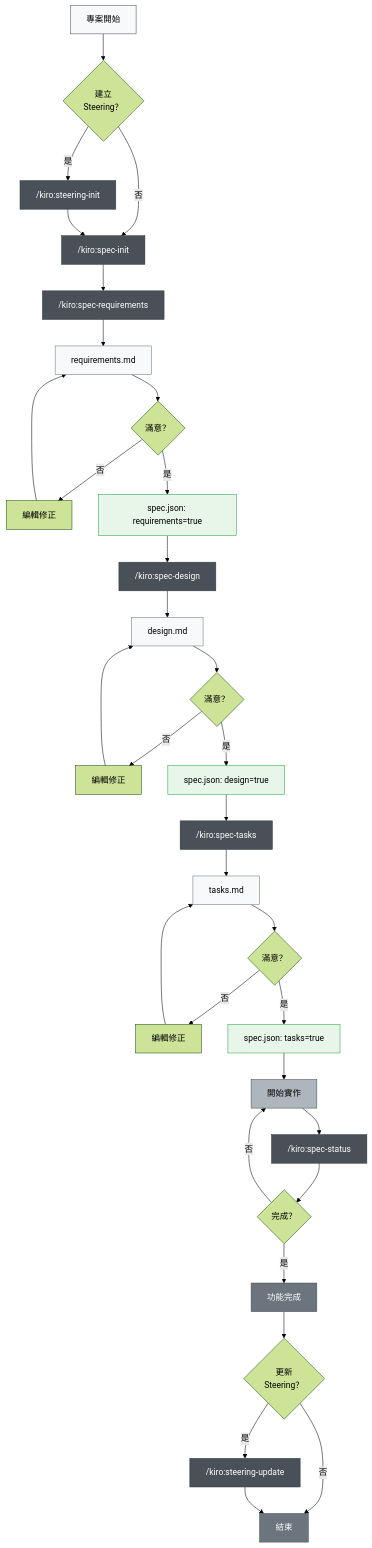
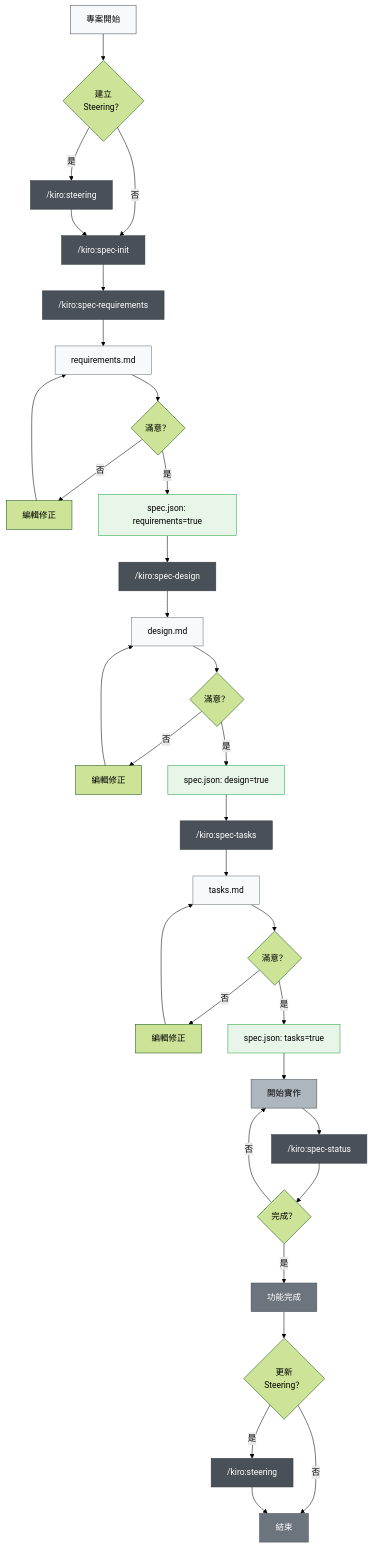
Before and after one commit to yi-john-huang/amazonq-spec: the first of 2 diagrams in README_zh-TW.md, drawn with Mermaid (forest theme). The commit also changed other lines of this file and 12 other files, not shown here.

````diff
--- a/README_zh-TW.md
+++ b/README_zh-TW.md
@@ -124,58 +124,58 @@
 ```mermaid
 graph TD
     A["專案開始"] --> B{"建立<br/>Steering？"}
-    B -->|是| C["/kiro:steering-init"]
+    B -->|是| C["/kiro:steering"]
     B -->|否| D["/kiro:spec-init"]
     C --> D
     
     D --> E["/kiro:spec-requirements"]
     E --> F["requirements.md"]
     F --> G{"滿意？"}
     G -->|否| G1["編輯修正"]
     G1 --> F
     G -->|是| H["spec.json: requirements=true"]
     
     H --> I["/kiro:spec-design"]
     I --> J["design.md"]
     J --> K{"滿意？"}
     K -->|否| K1["編輯修正"]
     K1 --> J
     K -->|是| L["spec.json: design=true"]
     
     L --> M["/kiro:spec-tasks"]
     M --> N["tasks.md"]
     N --> O{"滿意？"}
     O -->|否| O1["編輯修正"]
     O1 --> N
     O -->|是| P["spec.json: tasks=true"]
     
     P --> Q["開始實作"]
     Q --> R["/kiro:spec-status"]
     R --> S{"完成？"}
     S -->|否| Q
     S -->|是| T["功能完成"]
     
     T --> U{"更新<br/>Steering？"}
-    U -->|是| V["/kiro:steering-update"]
+    U -->|是| V["/kiro:steering"]
     U -->|否| W["結束"]
     V --> W
     
     %% 樣式定義
     style A fill:#f8f9fa,stroke:#495057
     style C fill:#495057,stroke:#343a40,color:#ffffff
     style D fill:#495057,stroke:#343a40,color:#ffffff
     style E fill:#495057,stroke:#343a40,color:#ffffff
     style I fill:#495057,stroke:#343a40,color:#ffffff
     style M fill:#495057,stroke:#343a40,color:#ffffff
     style R fill:#495057,stroke:#343a40,color:#ffffff
     style V fill:#495057,stroke:#343a40,color:#ffffff
     style F fill:#f8f9fa,stroke:#6c757d
     style J fill:#f8f9fa,stroke:#6c757d
     style N fill:#f8f9fa,stroke:#6c757d
     style H fill:#e8f5e9,stroke:#28a745
     style L fill:#e8f5e9,stroke:#28a745
     style P fill:#e8f5e9,stroke:#28a745
     style Q fill:#adb5bd,stroke:#495057
     style T fill:#6c757d,stroke:#495057,color:#ffffff
     style W fill:#6c757d,stroke:#495057,color:#ffffff
 ```
````
